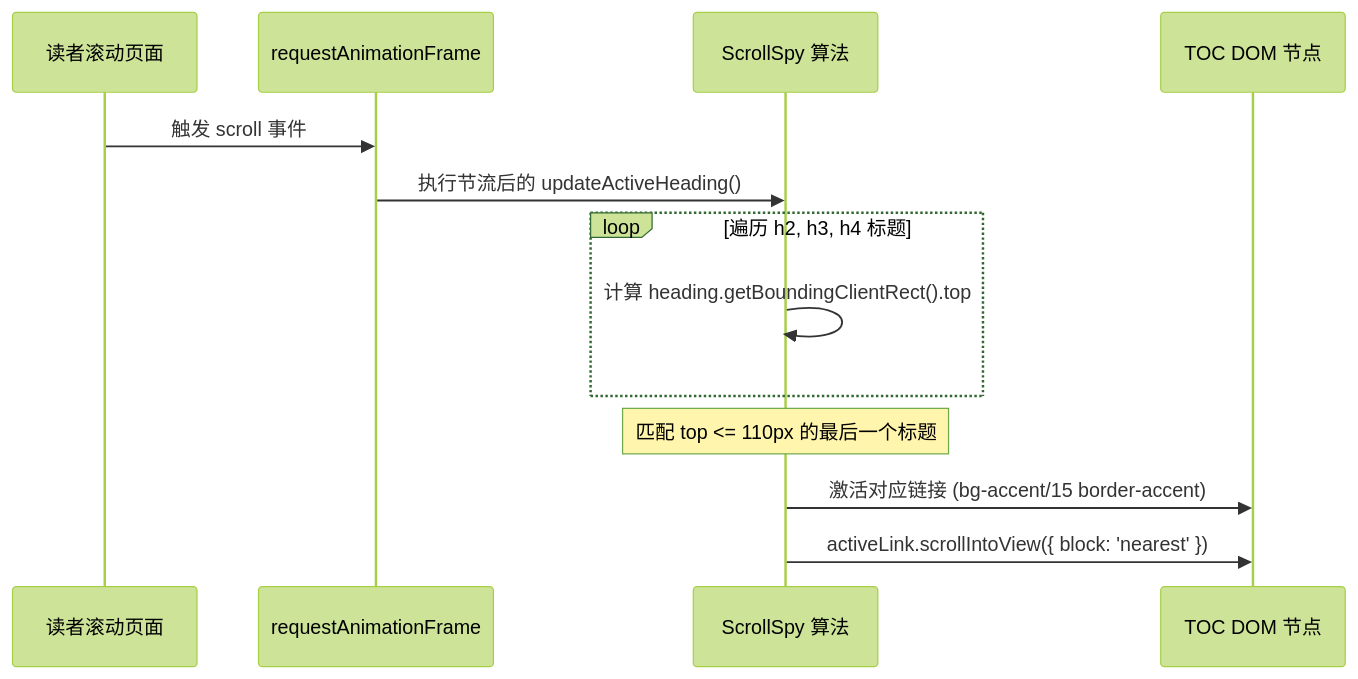
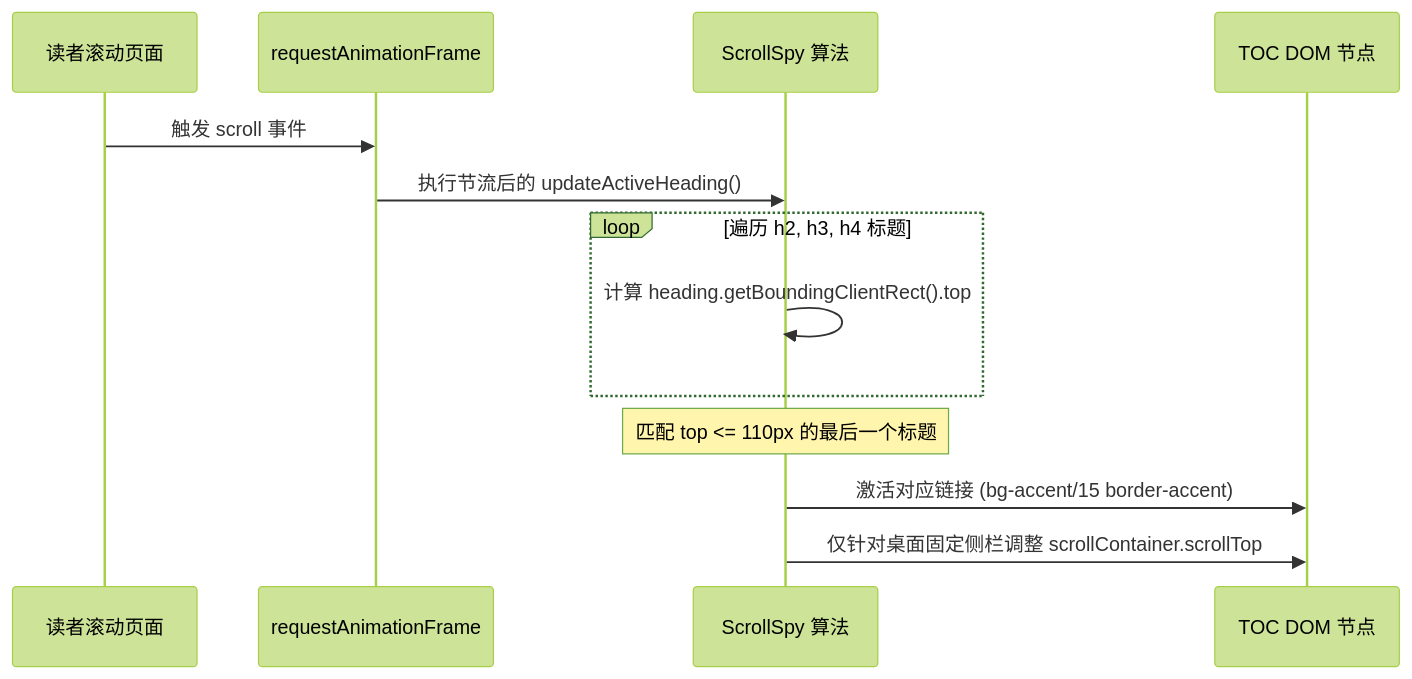
One commit to hqu-little-boy/blog changed the second of 2 diagrams in src/content/posts/blog-ux-layout-and-floating-toc-deep-dive.md. Above: the diagram before and after it, drawn with Mermaid (forest theme). The commit also changed other lines of this file and 1 other file, not shown here.

First line of the commit message:
fix(toc): prevent scroll hijacking when mobile inline TOC is expanded

````diff
--- a/src/content/posts/blog-ux-layout-and-floating-toc-deep-dive.md
+++ b/src/content/posts/blog-ux-layout-and-floating-toc-deep-dive.md
@@ -245,16 +245,16 @@
 ```mermaid
 sequenceDiagram
     participant User as 读者滚动页面
     participant RAF as requestAnimationFrame
     participant Spy as ScrollSpy 算法
     participant DOM as TOC DOM 节点
 
     User->>RAF: 触发 scroll 事件
     RAF->>Spy: 执行节流后的 updateActiveHeading()
     loop 遍历 h2, h3, h4 标题
         Spy->>Spy: 计算 heading.getBoundingClientRect().top
     end
     Note over Spy: 匹配 top <= 110px 的最后一个标题
     Spy->>DOM: 激活对应链接 (bg-accent/15 border-accent)
-    Spy->>DOM: activeLink.scrollIntoView({ block: 'nearest' })
+    Spy->>DOM: 仅针对桌面固定侧栏调整 scrollContainer.scrollTop
 ```
````
